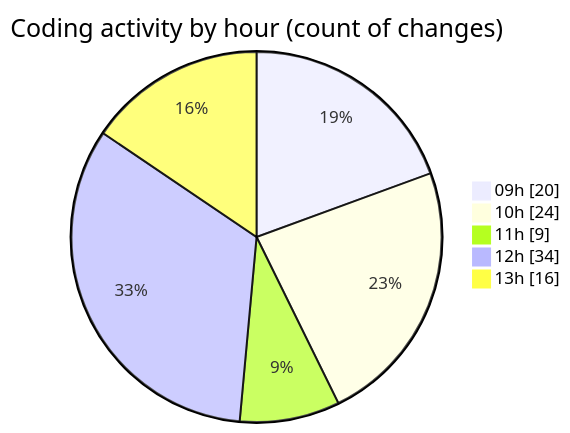
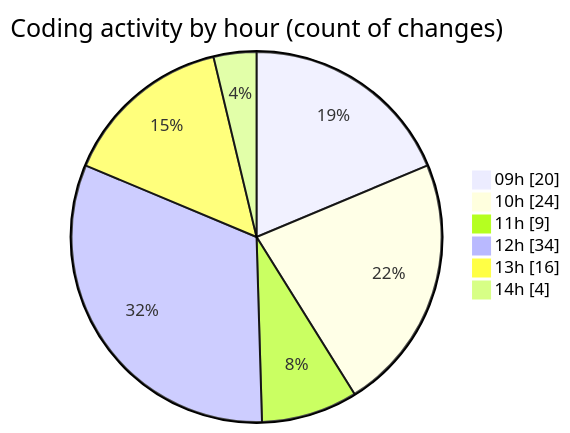
Before and after one commit to momahboobian/code-tracking: the second of 2 diagrams in 2025-05-19/cda/README.md, drawn with Mermaid. The commit also changed other lines of this file and 1 other file, not shown here.

````diff
--- a/2025-05-19/cda/README.md
+++ b/2025-05-19/cda/README.md
@@ -44,9 +46,10 @@
 ```mermaid
 pie showData
 title Coding activity by hour (count of changes)
 "09h" : 20
 "10h" : 24
 "11h" : 9
 "12h" : 34
 "13h" : 16
+"14h" : 4
 ```
````
